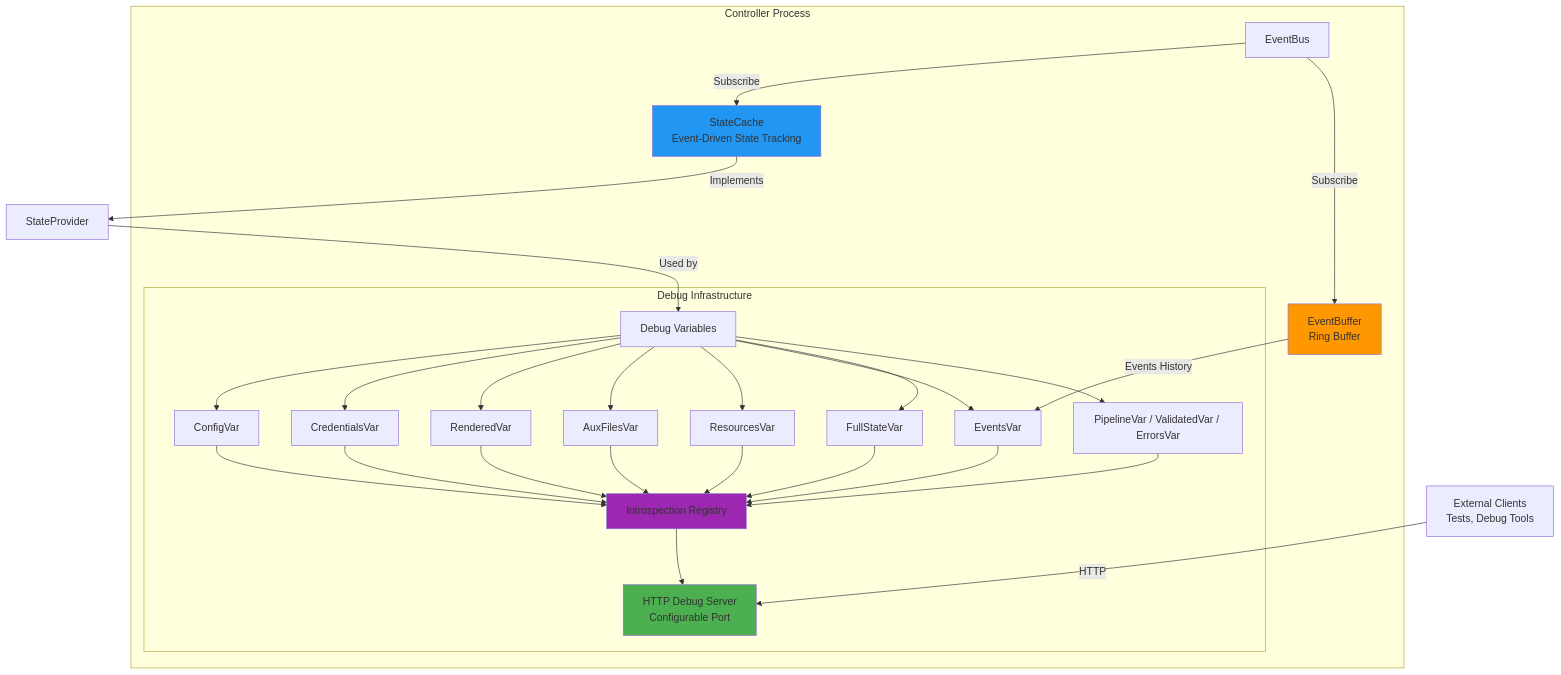
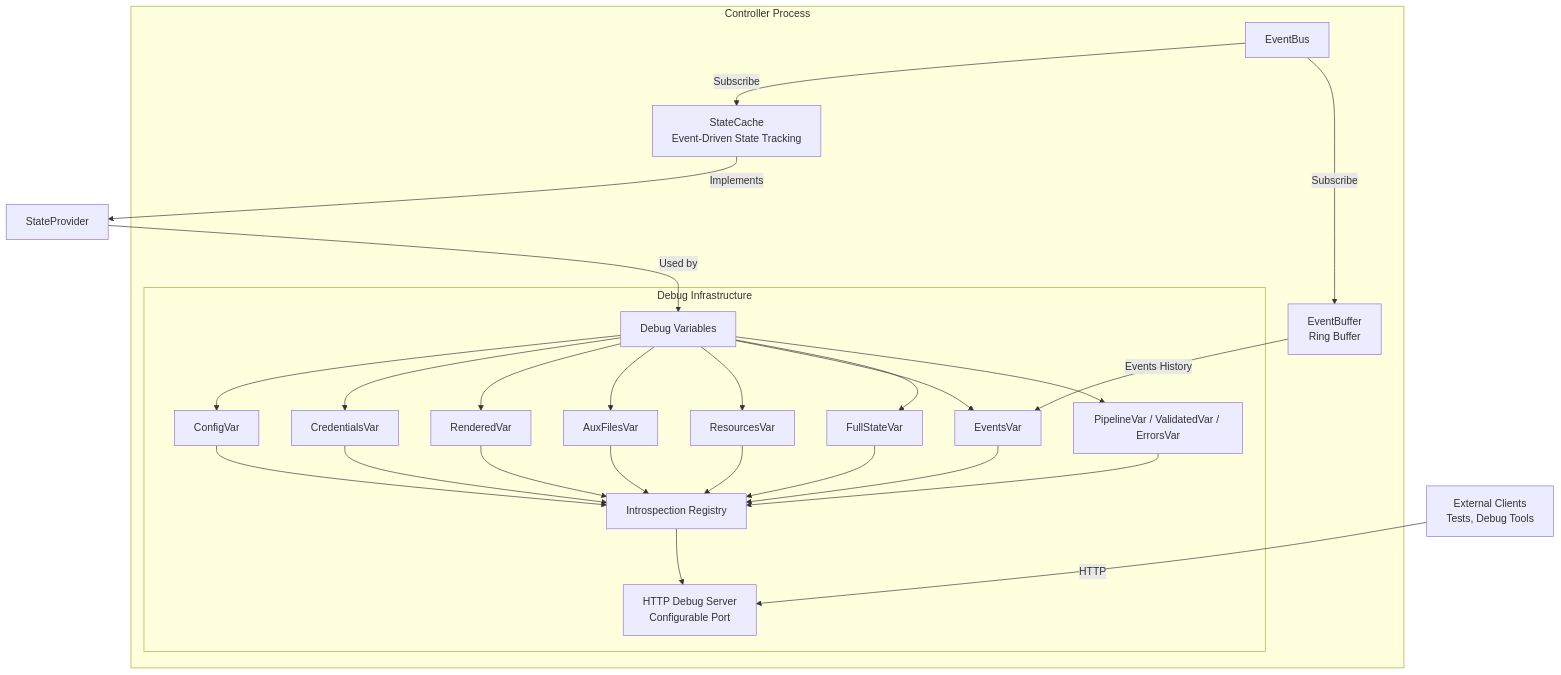
The diagram in docs/site/docs/development/design/introspection.md (HAProxy-Template-IC/haproxy-template-ingress-controller), drawn with Mermaid before and after one commit. The commit also changed 6 other files, not shown here.

Commit message:
docs: page-polish pass — theme-native mermaid, table code wrapping, validation-claim sweep, broken-diagram repair

````diff
--- a/docs/site/docs/development/design/introspection.md
+++ b/docs/site/docs/development/design/introspection.md
@@ -7,56 +7,52 @@
 ```mermaid
 graph TB
     subgraph "Controller Process"
         EB[EventBus]
         SC[StateCache<br/>Event-Driven State Tracking]
         EVB[EventBuffer<br/>Ring Buffer]
 
         subgraph "Debug Infrastructure"
             REG[Introspection Registry]
             HTTP[HTTP Debug Server<br/>Configurable Port]
 
             VARS[Debug Variables]
             CONFIG[ConfigVar]
             CREDS[CredentialsVar]
             REND[RenderedVar]
             AUX[AuxFilesVar]
             RES[ResourcesVar]
             EVENTS[EventsVar]
             STATE[FullStateVar]
             PIPE[PipelineVar / ValidatedVar / ErrorsVar]
         end
     end
 
     EB -->|Subscribe| SC
     EB -->|Subscribe| EVB
     SC -->|Implements| SP[StateProvider]
     SP -->|Used by| VARS
     EVB -->|Events History| EVENTS
 
     VARS --> CONFIG
     VARS --> CREDS
     VARS --> REND
     VARS --> AUX
     VARS --> RES
     VARS --> EVENTS
     VARS --> STATE
     VARS --> PIPE
 
     CONFIG --> REG
     CREDS --> REG
     REND --> REG
     AUX --> REG
     RES --> REG
     EVENTS --> REG
     STATE --> REG
     PIPE --> REG
 
     REG --> HTTP
 
     EXT[External Clients<br/>Tests, Debug Tools] -->|HTTP| HTTP
 
-    style HTTP fill:#4CAF50
-    style SC fill:#2196F3
-    style EVB fill:#FF9800
-    style REG fill:#9C27B0
 ```
````
